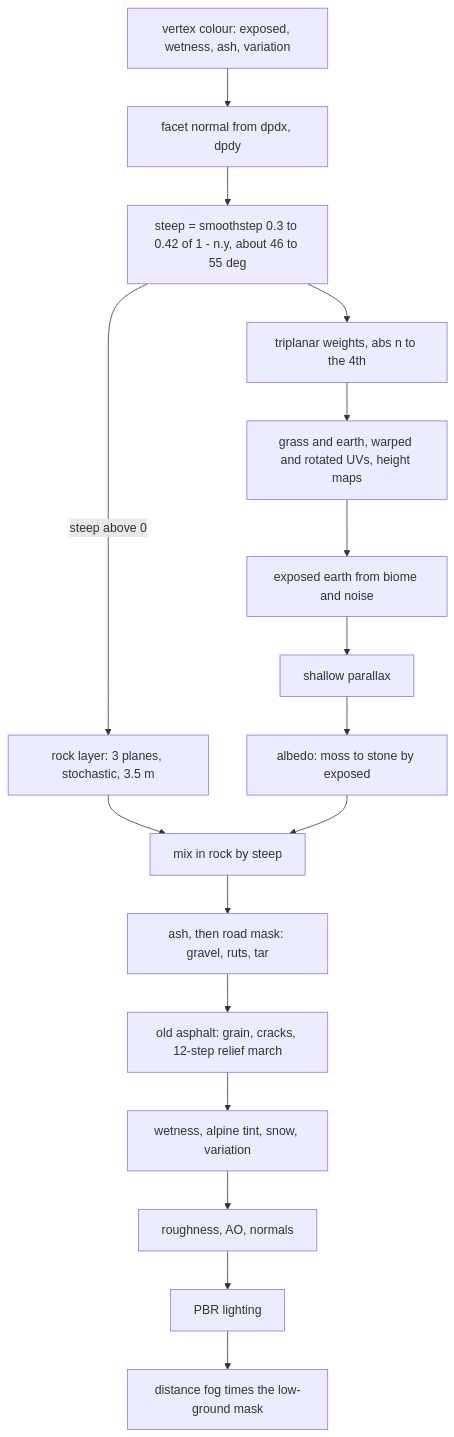
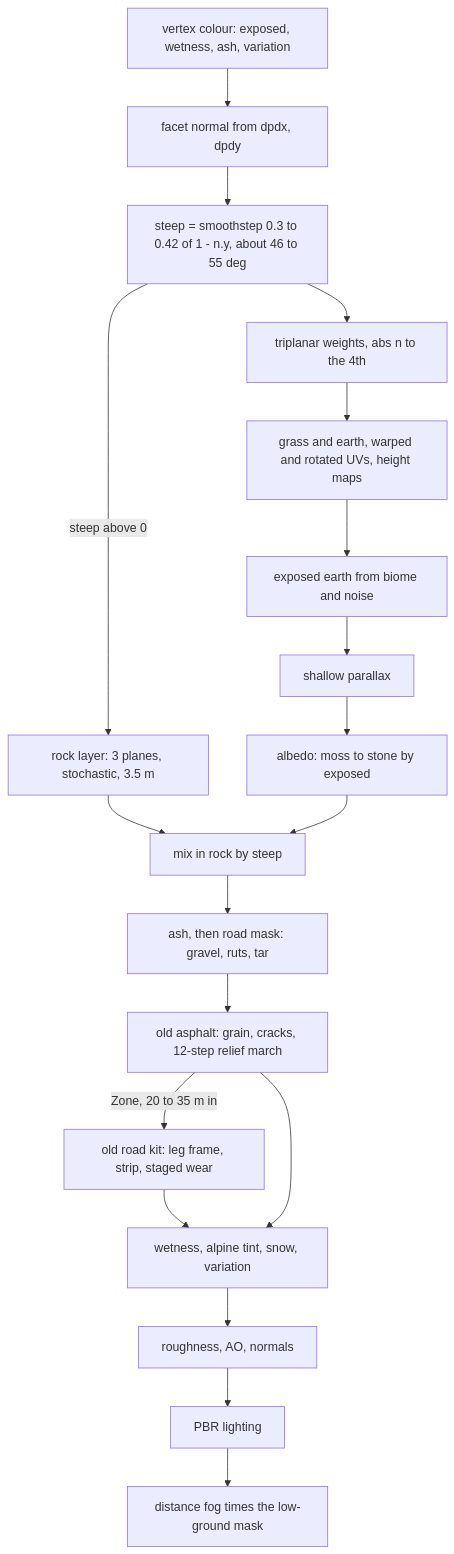
The tenth of 27 diagrams in arch-readme-detailed.md (bemcho/roadside-picnic-overwatch), drawn with Mermaid before and after one commit. The commit also changed other lines of this file and 3 other files, not shown here.

First line of the commit message:
zone-old-asphalt: document the Zone's old road texture

````diff
--- a/arch-readme-detailed.md
+++ b/arch-readme-detailed.md
@@ -736,19 +754,21 @@
 ```mermaid
 flowchart TD
     V["vertex colour: exposed, wetness, ash, variation"] --> N["facet normal from dpdx, dpdy"]
     N --> ST["steep = smoothstep 0.3 to 0.42 of 1 - n.y, about 46 to 55 deg"]
     ST --> TW["triplanar weights, abs n to the 4th"]
     ST -->|"steep above 0"| RK["rock layer: 3 planes, stochastic, 3.5 m"]
     TW --> GE["grass and earth, warped and rotated UVs, height maps"]
     GE --> EX["exposed earth from biome and noise"]
     EX --> PX["shallow parallax"]
     PX --> AL["albedo: moss to stone by exposed"]
     RK --> AR["mix in rock by steep"]
     AL --> AR
     AR --> RM["ash, then road mask: gravel, ruts, tar"]
     RM --> OA["old asphalt: grain, cracks, 12-step relief march"]
+    OA -->|"Zone, 20 to 35 m in"| OK["old road kit: leg frame, strip, staged wear"]
+    OK --> WT
     OA --> WT["wetness, alpine tint, snow, variation"]
     WT --> PBR["roughness, AO, normals"]
     PBR --> LT["PBR lighting"]
     LT --> FG["distance fog times the low-ground mask"]
 ```
````
